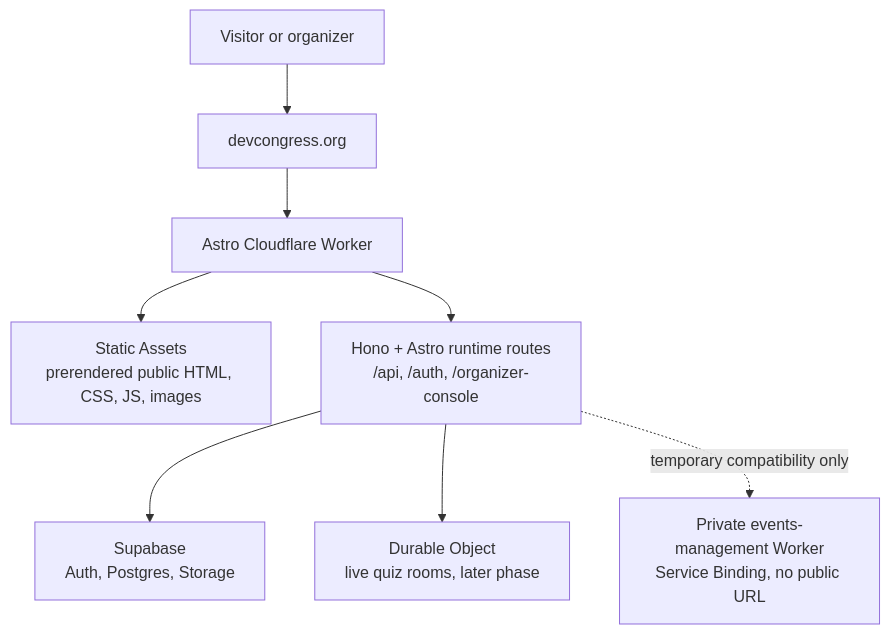
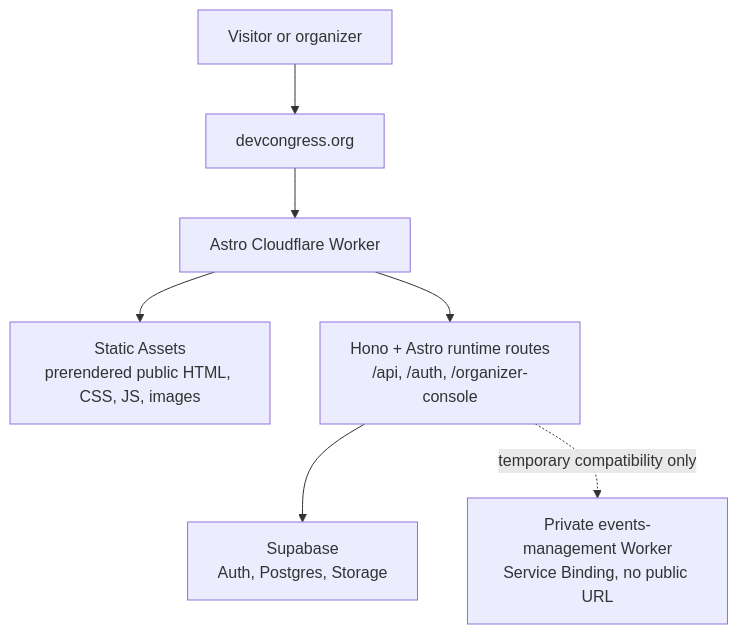
One commit to devcongress/events-management changed the diagram in docs/website-integration/architecture.md. Above: the diagram before and after it, drawn with Mermaid. The commit also changed other lines of this file and 78 other files, not shown here.

````diff
--- a/docs/website-integration/architecture.md
+++ b/docs/website-integration/architecture.md
@@ -52,10 +52,9 @@
 ```mermaid
 flowchart TD
     visitor["Visitor or organizer"] --> domain["devcongress.org"]
     domain --> worker["Astro Cloudflare Worker"]
     worker --> assets["Static Assets\nprerendered public HTML, CSS, JS, images"]
     worker --> runtime["Hono + Astro runtime routes\n/api, /auth, /organizer-console"]
     runtime --> supabase["Supabase\nAuth, Postgres, Storage"]
-    runtime --> quiz["Durable Object\nlive quiz rooms, later phase"]
     runtime -. temporary compatibility only .-> legacy["Private events-management Worker\nService Binding, no public URL"]
 ```
````
